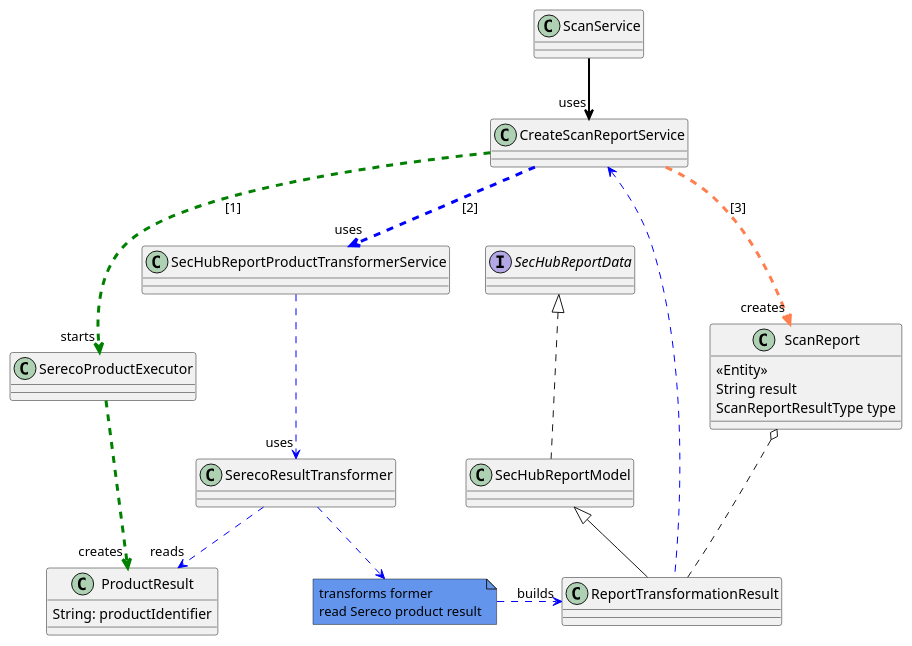
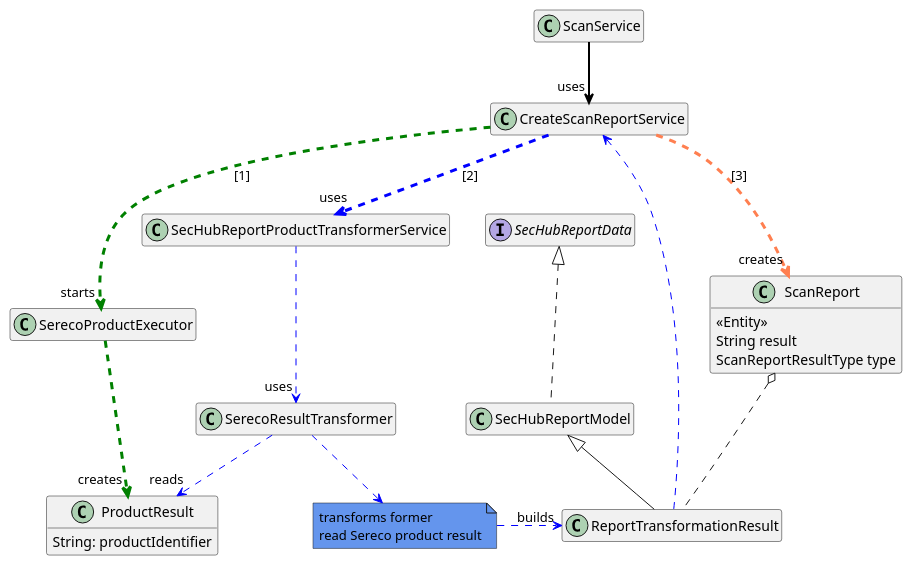
The diagram in sechub-doc/src/docs/asciidoc/diagrams/diagram_report_dataflow.plantuml (mercedes-benz/sechub), drawn with PlantUML before and after one commit. The commit also changed 19 other files, not shown here.

```diff
--- a/sechub-doc/src/docs/asciidoc/diagrams/diagram_report_dataflow.plantuml
+++ b/sechub-doc/src/docs/asciidoc/diagrams/diagram_report_dataflow.plantuml
@@ -2,46 +2,49 @@
 @startuml
+
+hide empty fields
+hide empty members
 
 interface SecHubReportData
 
 class SecHubReportModel implements SecHubReportData 
 class ReportTransformationResult extends SecHubReportModel
 
 class SerecoProductExecutor
 
 
 class ScanService 
 
 class ProductResult {
     String: productIdentifier
 }
 
 class SerecoResultTransformer
 class CreateScanReportService
 class ScanReport {
     <<Entity>>
     String result
     ScanReportResultType type
 }
 ScanService -[#black,plain,thickness=2]-> "uses" CreateScanReportService  
 CreateScanReportService -[#green,dashed,thickness=3]-> "starts" SerecoProductExecutor : [1]
 CreateScanReportService -[#blue,dashed,thickness=3]-> "uses" SecHubReportProductTransformerService : [2] 
 CreateScanReportService -[#Coral,dashed,thickness=3]-> "creates" ScanReport : [3]
  
 SecHubReportProductTransformerService -[#blue,dashed,thickness=1]-> "uses" SerecoResultTransformer
 
 ScanReport o..  ReportTransformationResult
 
 
 CreateScanReportService <-[#blue,dashed,thickness=1]- ReportTransformationResult
 
 SerecoProductExecutor .[#green,dashed,thickness=3].> "creates" ProductResult
 
 'SerecoProductExecutor --> ProductResult 
 
 note "transforms former\nread Sereco product result" as N2 #CornflowerBlue
 
 SerecoResultTransformer -[#blue,dashed,thickness=1]-> "reads" ProductResult 
 SerecoResultTransformer -[#blue,dashed,thickness=1]-> N2
 N2 -[#blue,dashed,thickness=1]> "builds" ReportTransformationResult
 
 @enduml 
```
